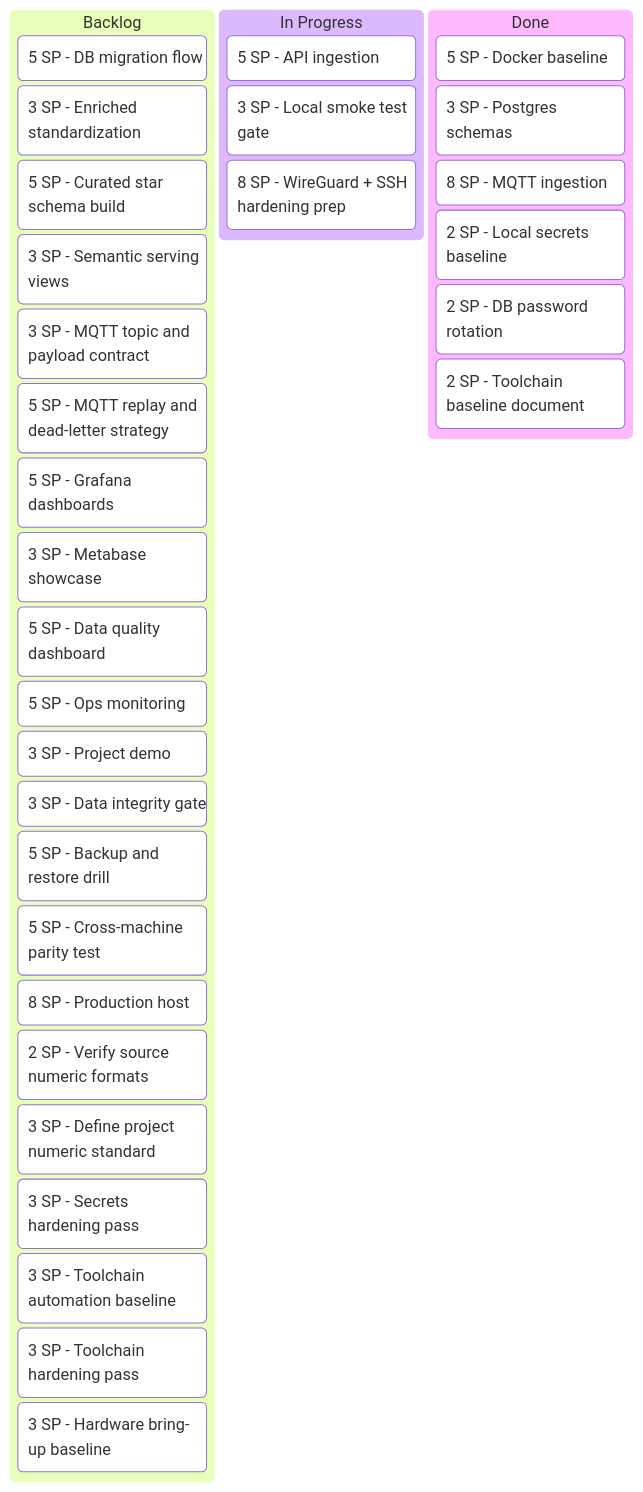
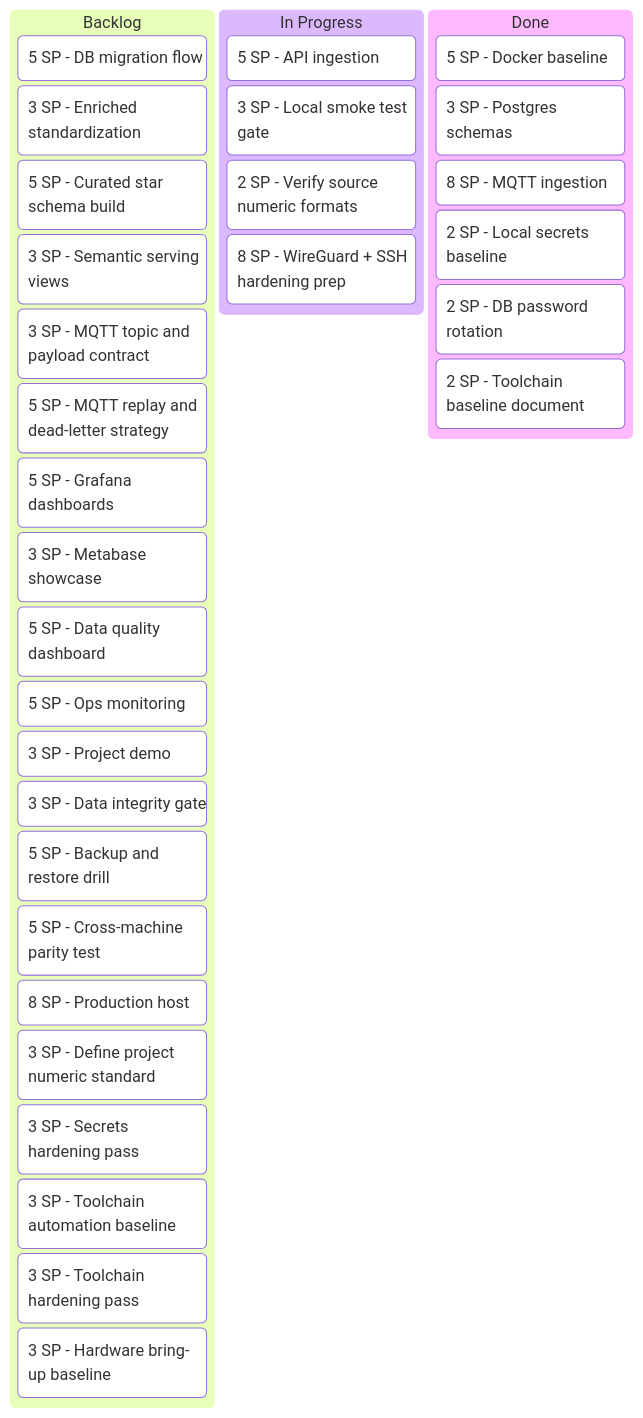
One commit to EnTekLasse/commons-anchor changed the diagram in docs/architecture/diagrams/project-kanban.mmd. Above: the diagram before and after it, drawn with Mermaid. The commit also changed other lines of this file and 5 other files, not shown here.

First line of the commit message:
feat(N1): verify and harden source numeric formats

```diff
--- a/docs/architecture/diagrams/project-kanban.mmd
+++ b/docs/architecture/diagrams/project-kanban.mmd
@@ -1,64 +1,64 @@
 %% AUTO-GENERATED FROM docs/architecture/diagram-model.json
 kanban
   Backlog
     [5 SP - DB migration flow]
 
     [3 SP - Enriched standardization]
 
     [5 SP - Curated star schema build]
 
     [3 SP - Semantic serving views]
 
     [3 SP - MQTT topic and payload contract]
 
     [5 SP - MQTT replay and dead-letter strategy]
 
     [5 SP - Grafana dashboards]
 
     [3 SP - Metabase showcase]
 
     [5 SP - Data quality dashboard]
 
     [5 SP - Ops monitoring]
 
     [3 SP - Project demo]
 
     [3 SP - Data integrity gate]
 
     [5 SP - Backup and restore drill]
 
     [5 SP - Cross-machine parity test]
 
     [8 SP - Production host]
 
-    [2 SP - Verify source numeric formats]
-
     [3 SP - Define project numeric standard]
 
     [3 SP - Secrets hardening pass]
 
     [3 SP - Toolchain automation baseline]
 
     [3 SP - Toolchain hardening pass]
 
     [3 SP - Hardware bring-up baseline]
 
   [In Progress]
     [5 SP - API ingestion]
 
     [3 SP - Local smoke test gate]
 
+    [2 SP - Verify source numeric formats]
+
     [8 SP - WireGuard + SSH hardening prep]
 
   Done
     [5 SP - Docker baseline]
 
     [3 SP - Postgres schemas]
 
     [8 SP - MQTT ingestion]
 
     [2 SP - Local secrets baseline]
 
     [2 SP - DB password rotation]
 
     [2 SP - Toolchain baseline document]
```
